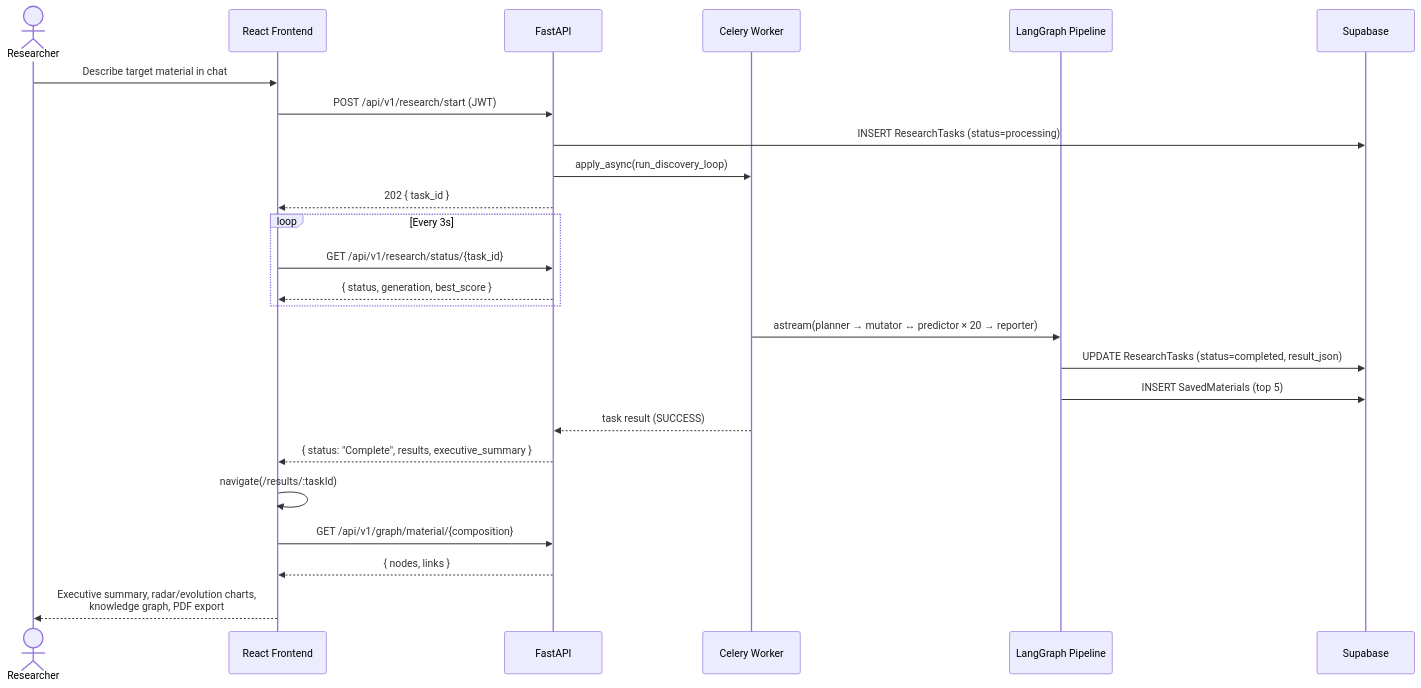
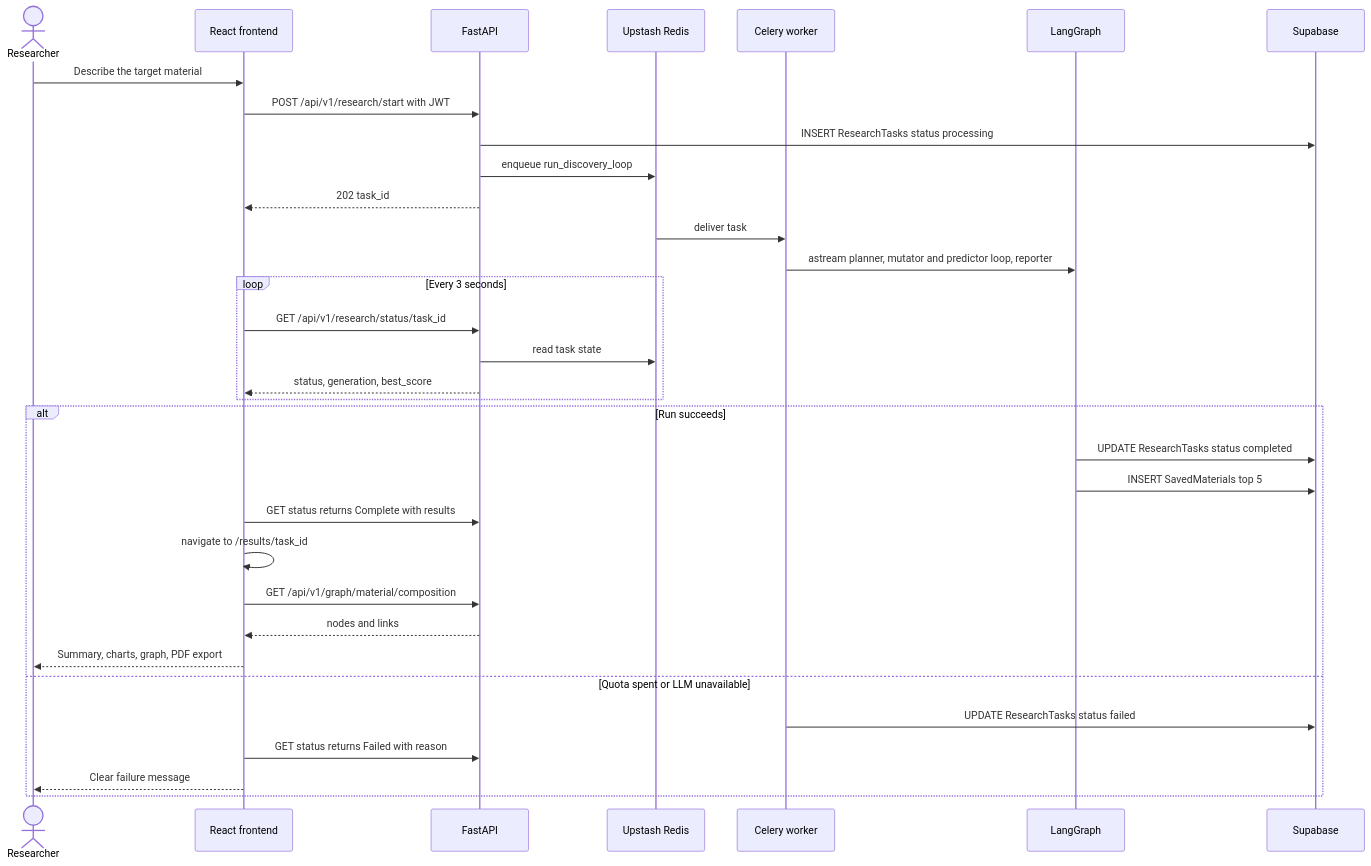
Before and after one commit to Rahul-8283/AURA_Data_Driven: the third of 18 diagrams in README.md, drawn with Mermaid. The commit also changed other lines of this file, not shown here.

````diff
--- a/README.md
+++ b/README.md
@@ -152,28 +234,38 @@
 ```mermaid
 sequenceDiagram
     actor U as Researcher
-    participant FE as React Frontend
+    participant FE as React frontend
     participant API as FastAPI
-    participant Q as Celery Worker
-    participant LG as LangGraph Pipeline
+    participant R as Upstash Redis
+    participant W as Celery worker
+    participant LG as LangGraph
     participant DB as Supabase
 
-    U->>FE: Describe target material in chat
-    FE->>API: POST /api/v1/research/start (JWT)
-    API->>DB: INSERT ResearchTasks (status=processing)
-    API->>Q: apply_async(run_discovery_loop)
-    API-->>FE: 202 { task_id }
-    loop Every 3s
-        FE->>API: GET /api/v1/research/status/{task_id}
-        API-->>FE: { status, generation, best_score }
+    U->>FE: Describe the target material
+    FE->>API: POST /api/v1/research/start with JWT
+    API->>DB: INSERT ResearchTasks status processing
+    API->>R: enqueue run_discovery_loop
+    API-->>FE: 202 task_id
+    R->>W: deliver task
+    W->>LG: astream planner, mutator and predictor loop, reporter
+
+    loop Every 3 seconds
+        FE->>API: GET /api/v1/research/status/task_id
+        API->>R: read task state
+        API-->>FE: status, generation, best_score
     end
-    Q->>LG: astream(planner → mutator ↔ predictor × 20 → reporter)
-    LG->>DB: UPDATE ResearchTasks (status=completed, result_json)
-    LG->>DB: INSERT SavedMaterials (top 5)
-    Q-->>API: task result (SUCCESS)
-    API-->>FE: { status: "Complete", results, executive_summary }
-    FE->>FE: navigate(/results/:taskId)
-    FE->>API: GET /api/v1/graph/material/{composition}
-    API-->>FE: { nodes, links }
-    FE-->>U: Executive summary, radar/evolution charts,<br/>knowledge graph, PDF export
+
+    alt Run succeeds
+        LG->>DB: UPDATE ResearchTasks status completed
+        LG->>DB: INSERT SavedMaterials top 5
+        FE->>API: GET status returns Complete with results
+        FE->>FE: navigate to /results/task_id
+        FE->>API: GET /api/v1/graph/material/composition
+        API-->>FE: nodes and links
+        FE-->>U: Summary, charts, graph, PDF export
+    else Quota spent or LLM unavailable
+        W->>DB: UPDATE ResearchTasks status failed
+        FE->>API: GET status returns Failed with reason
+        FE-->>U: Clear failure message
+    end
 ```
````
